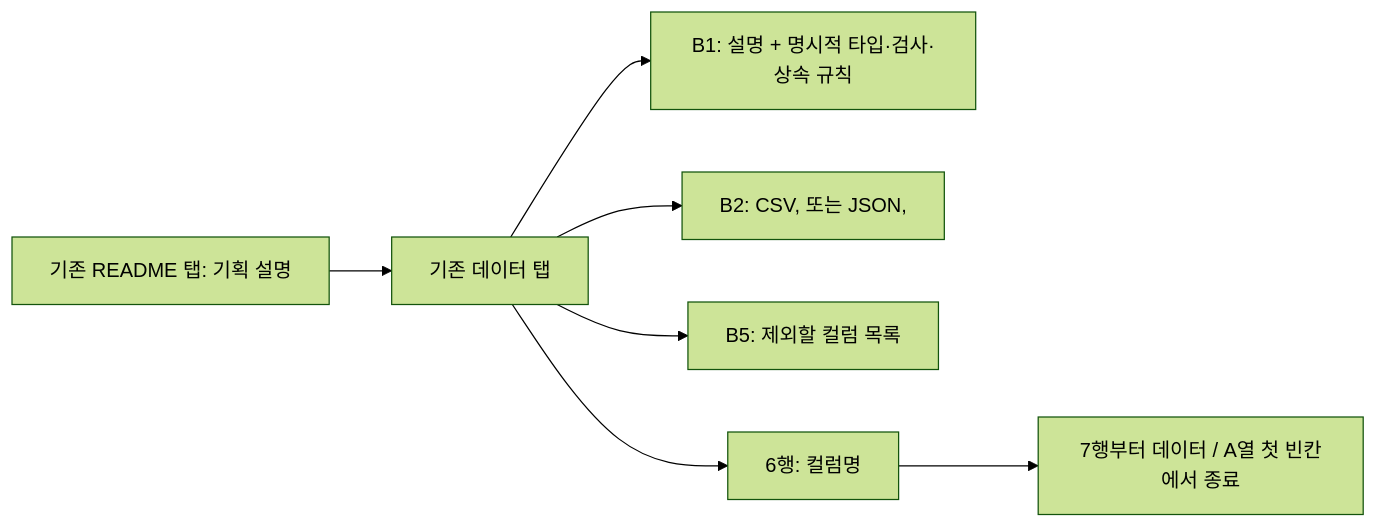
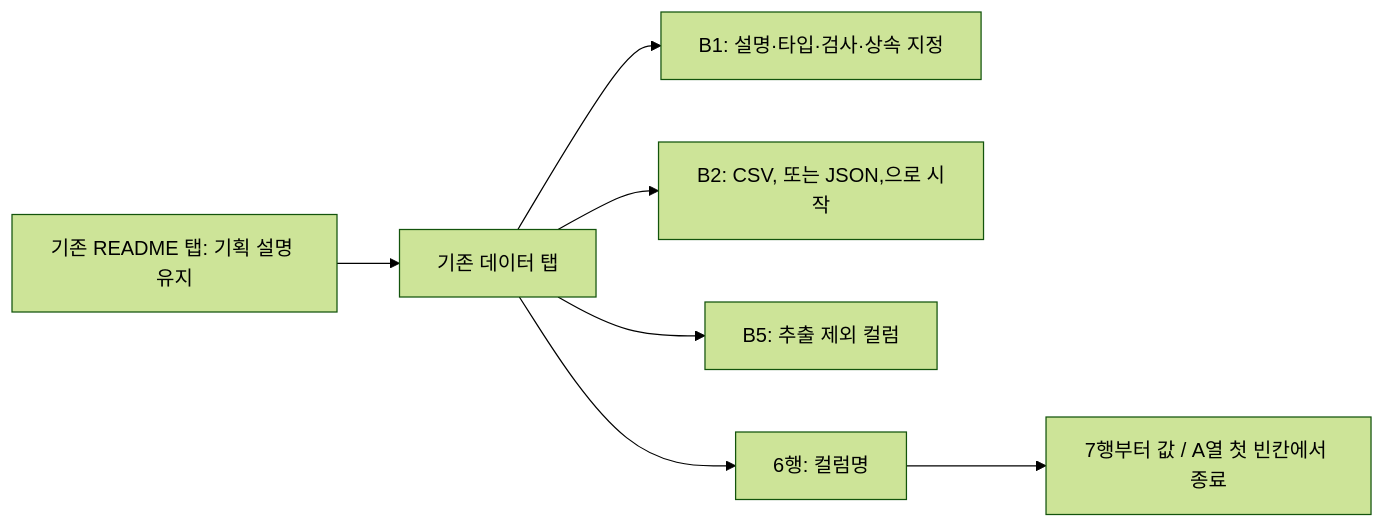
Before and after one commit to hyunho9228-web/DataSheet: the second of 5 diagrams in README.md, drawn with Mermaid (forest theme). The commit also changed other lines of this file and 14 other files, not shown here.

````diff
--- a/README.md
+++ b/README.md
@@ -56,9 +77,9 @@
 ```mermaid
 flowchart LR
-    R[기존 README 탭: 기획 설명] --> S[기존 데이터 탭]
-    S --> B1[B1: 설명 + 명시적 타입·검사·상속 규칙]
-    S --> B2[B2: CSV, 또는 JSON,]
-    S --> B5[B5: 제외할 컬럼 목록]
+    R[기존 README 탭: 기획 설명 유지] --> S[기존 데이터 탭]
+    S --> B1[B1: 설명·타입·검사·상속 지정]
+    S --> B2[B2: CSV, 또는 JSON,으로 시작]
+    S --> B5[B5: 추출 제외 컬럼]
     S --> H[6행: 컬럼명]
-    H --> V[7행부터 데이터 / A열 첫 빈칸에서 종료]
+    H --> V[7행부터 값 / A열 첫 빈칸에서 종료]
 ```
````
